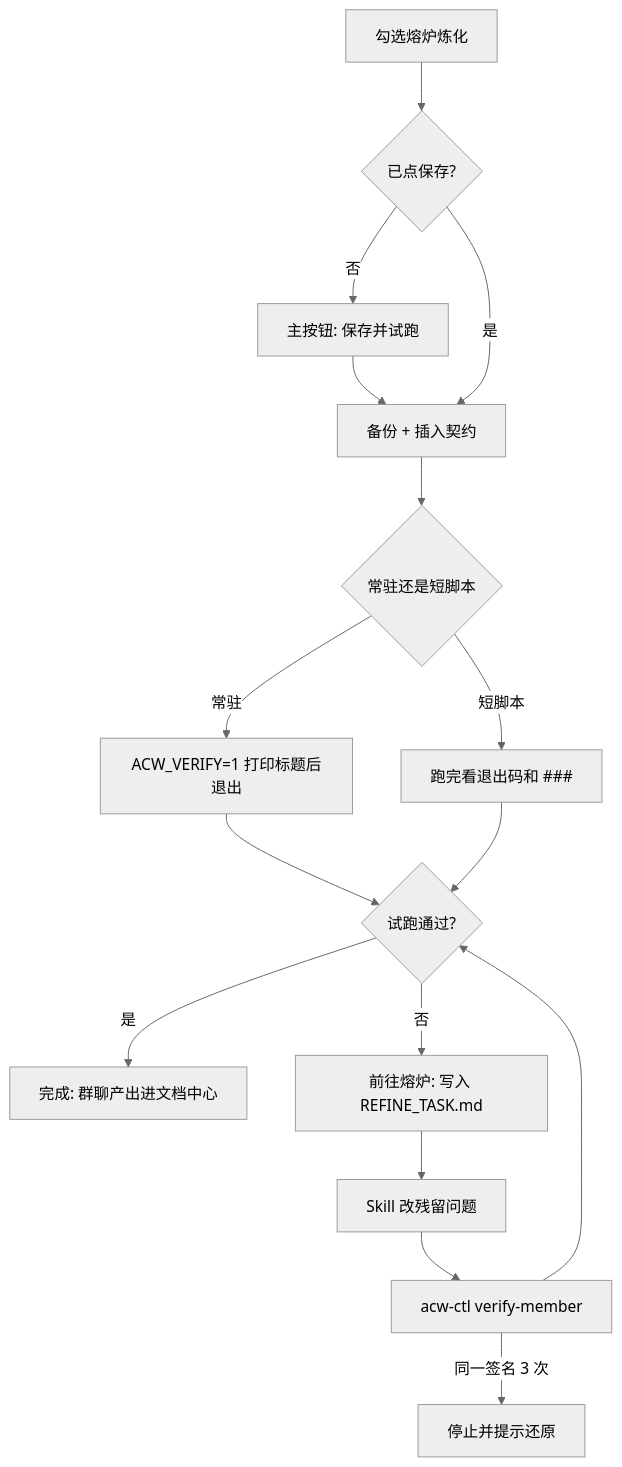
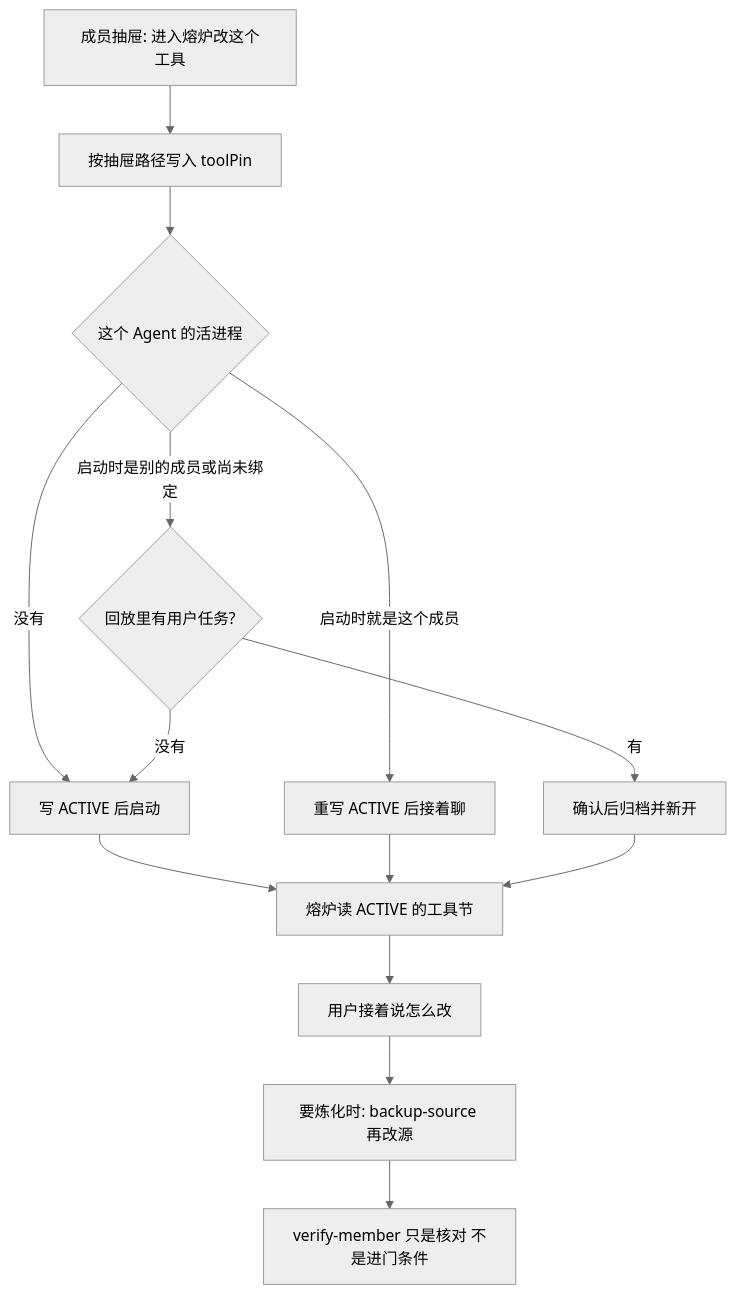
The diagram in docs/plan-6.9.0.md (371684029/oh-my-co-work), drawn with Mermaid (neutral theme) before and after one commit. The commit also changed other lines of this file and 3 other files, not shown here.

First line of the commit message:
docs: bind furnace tool edits through ACTIVE.md

````diff
--- a/docs/plan-6.9.0.md
+++ b/docs/plan-6.9.0.md
@@ -174,18 +244,16 @@
 ```mermaid
 flowchart TD
-  A[勾选熔炉炼化] --> B{已点保存?}
-  B -->|否| C[主按钮: 保存并试跑]
-  C --> D[备份 + 插入契约]
-  B -->|是| D
-  D --> E{常驻还是短脚本}
-  E -->|常驻| F[ACW_VERIFY=1 打印标题后退出]
-  E -->|短脚本| G[跑完看退出码和 ###]
-  F --> H{试跑通过?}
+  A[成员抽屉: 进入熔炉改这个工具] --> B[按抽屉路径写入 toolPin]
+  B --> C{这个 Agent 的活进程}
+  C -->|没有| D[写 ACTIVE 后启动]
+  C -->|启动时就是这个成员| E[重写 ACTIVE 后接着聊]
+  C -->|启动时是别的成员或尚未绑定| F{回放里有用户任务?}
+  F -->|没有| D
+  F -->|有| G[确认后归档并新开]
+  D --> H[熔炉读 ACTIVE 的工具节]
+  E --> H
   G --> H
-  H -->|是| I[完成: 群聊产出进文档中心]
-  H -->|否| J[前往熔炉: 写入 REFINE_TASK.md]
-  J --> K[Skill 改残留问题]
-  K --> L[acw-ctl verify-member]
-  L --> H
-  L -->|同一签名 3 次| M[停止并提示还原]
+  H --> I[用户接着说怎么改]
+  I --> J[要炼化时: backup-source 再改源]
+  J --> K[verify-member 只是核对 不是进门条件]
 ```
````
